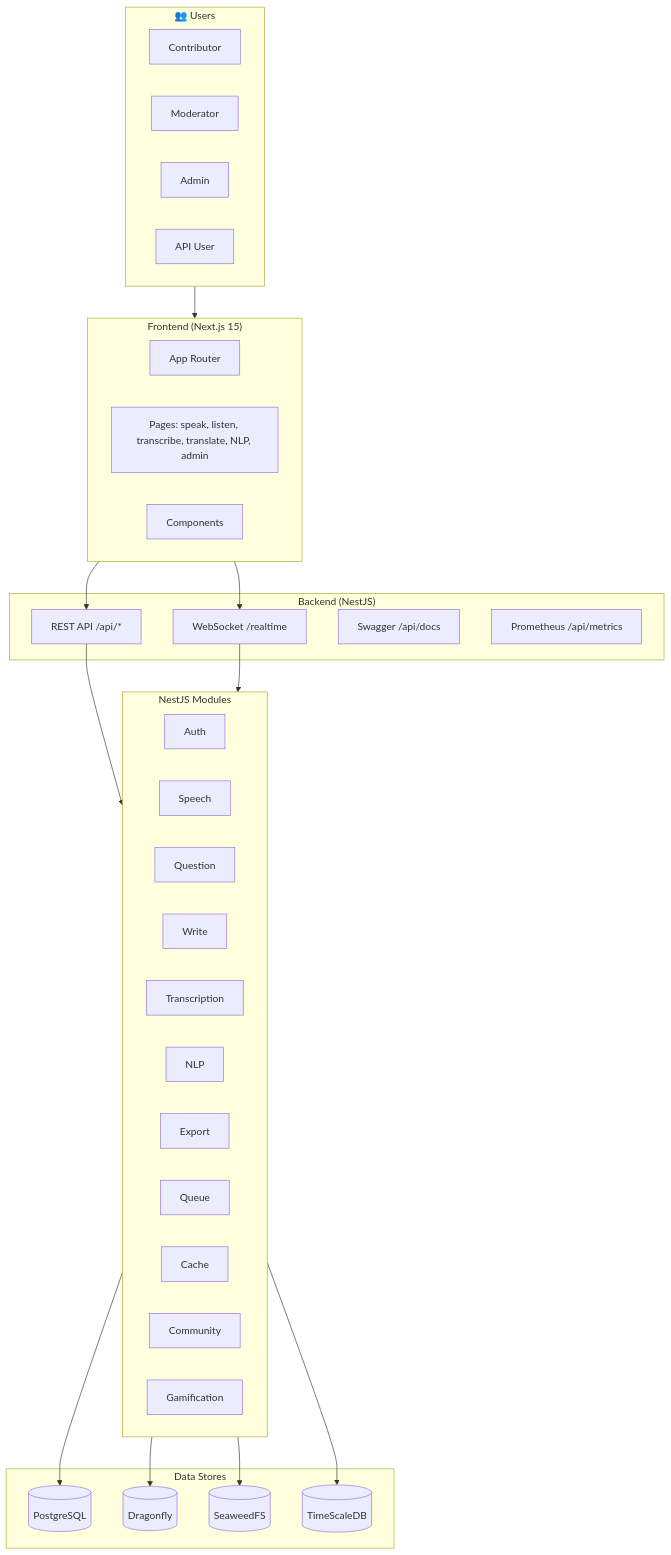
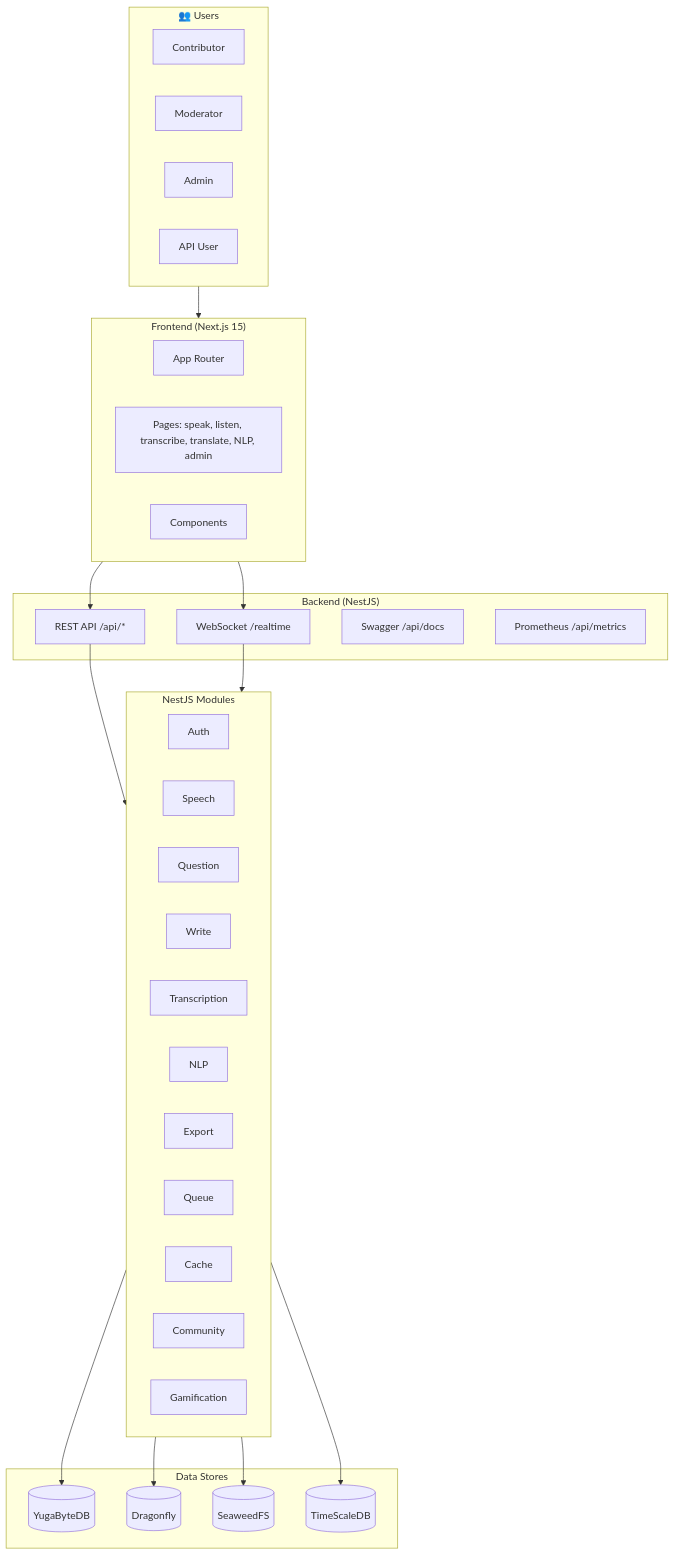
Before and after one commit to ai4lril/ai4lril.github.io: the first of 5 diagrams in Architecture.md, drawn with Mermaid. The commit also changed other lines of this file and 29 other files, not shown here.

````diff
--- a/Architecture.md
+++ b/Architecture.md
@@ -77,54 +77,54 @@
 ```mermaid
 flowchart TB
     subgraph Users["👥 Users"]
         Contributor[Contributor]
         Moderator[Moderator]
         Admin[Admin]
         APIUser[API User]
     end
 
     subgraph Frontend["Frontend (Next.js 15)"]
         App[App Router]
         Pages[Pages: speak, listen, transcribe, translate, NLP, admin]
         Components[Components]
     end
 
     subgraph Backend["Backend (NestJS)"]
         API[REST API /api/*]
         WS[WebSocket /realtime]
         Swagger[Swagger /api/docs]
         Metrics[Prometheus /api/metrics]
     end
 
     subgraph Modules["NestJS Modules"]
         Auth[Auth]
         Speech[Speech]
         Question[Question]
         Write[Write]
         Transcription[Transcription]
         NLP[NLP]
         Admin[Admin]
         Export[Export]
         Queue[Queue]
         Cache[Cache]
         Community[Community]
         Gamification[Gamification]
     end
 
     subgraph Data["Data Stores"]
-        PG[(PostgreSQL)]
+        YB[(YugaByteDB)]
         DF[(Dragonfly)]
         SeaweedFS[(SeaweedFS)]
         TS[(TimeScaleDB)]
     end
 
     Users --> Frontend
     Frontend --> API
     Frontend --> WS
     API --> Modules
     WS --> Modules
-    Modules --> PG
+    Modules --> YB
     Modules --> DF
     Modules --> SeaweedFS
     Modules --> TS
 ```
````
